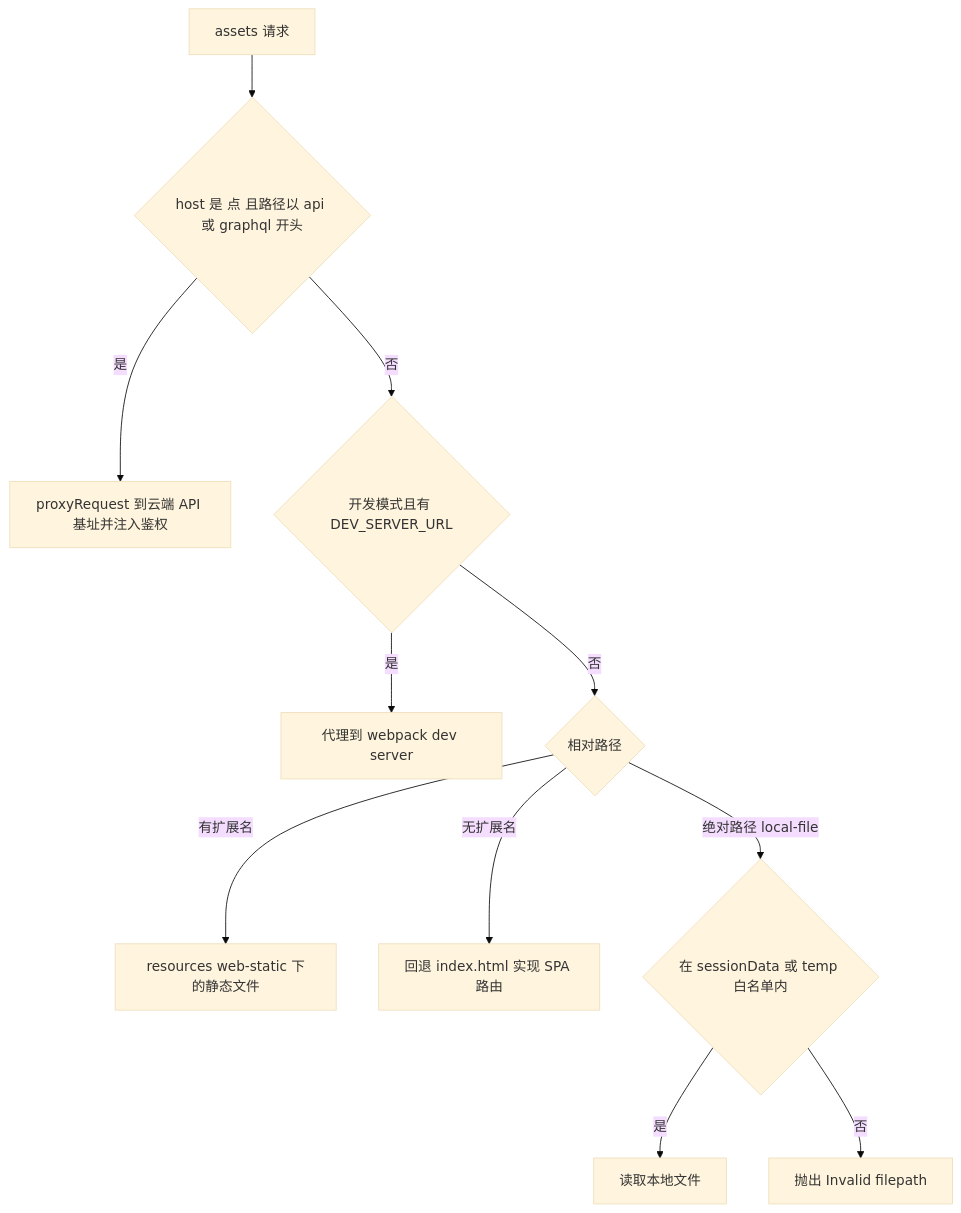
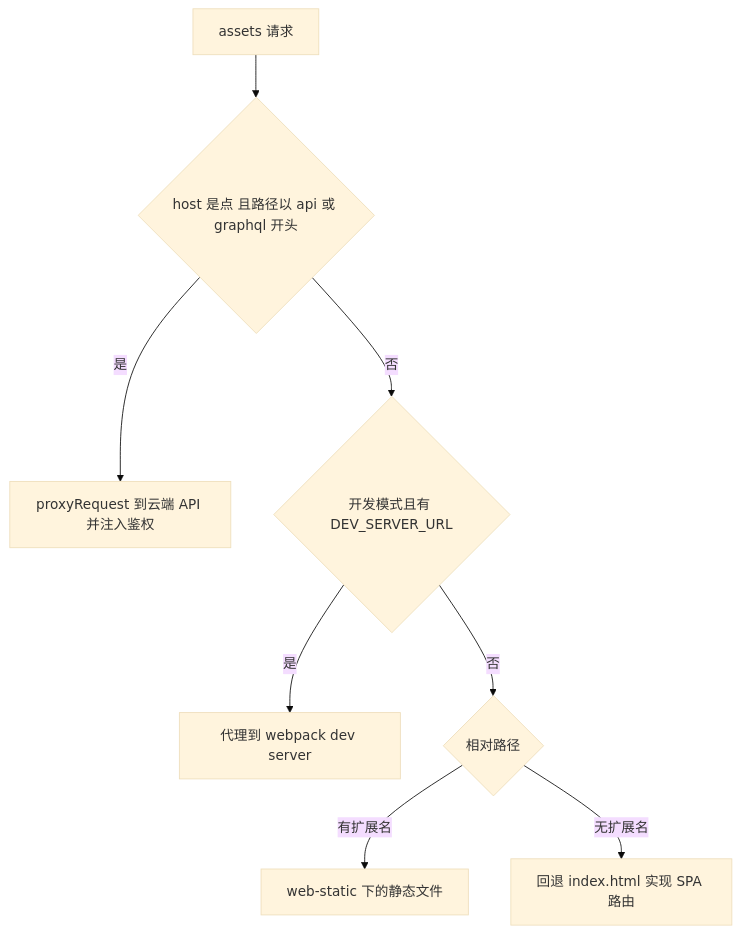
Before and after one commit to lfire/AFFiNE: the fifth of 6 diagrams in learning-guide/slides/decks/20.md, drawn with Mermaid (base theme). The commit also changed other lines of this file and 46 other files, not shown here.

````diff
--- a/learning-guide/slides/decks/20.md
+++ b/learning-guide/slides/decks/20.md
@@ -320,13 +270,10 @@
 ```mermaid
 flowchart TD
-  A[assets 请求] --> B{host 是 点 且路径以 api 或 graphql 开头}
-  B -->|是| C[proxyRequest 到云端 API 基址并注入鉴权]
-  B -->|否| D{开发模式且有 DEV_SERVER_URL}
-  D -->|是| E[代理到 webpack dev server]
-  D -->|否| F{相对路径}
-  F -->|有扩展名| G[resources web-static 下的静态文件]
-  F -->|无扩展名| H[回退 index.html 实现 SPA 路由]
-  F -->|绝对路径 local-file| I{在 sessionData 或 temp 白名单内}
-  I -->|是| J[读取本地文件]
-  I -->|否| K[抛出 Invalid filepath]
+  A["assets 请求"] --> B{"host 是点 且路径以 api 或 graphql 开头"}
+  B -->|是| C["proxyRequest 到云端 API 并注入鉴权"]
+  B -->|否| D{"开发模式且有 DEV_SERVER_URL"}
+  D -->|是| E["代理到 webpack dev server"]
+  D -->|否| F{"相对路径"}
+  F -->|有扩展名| G["web-static 下的静态文件"]
+  F -->|无扩展名| H["回退 index.html 实现 SPA 路由"]
 ```
````
